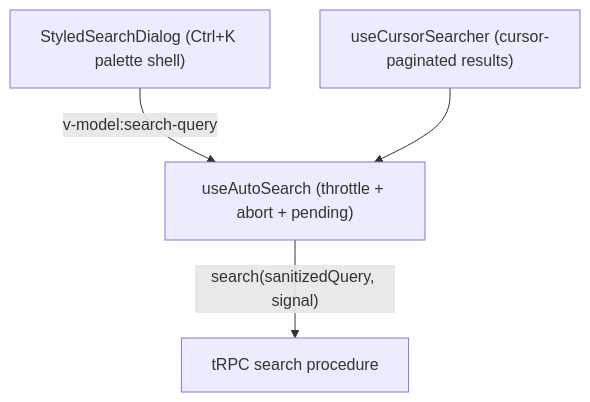
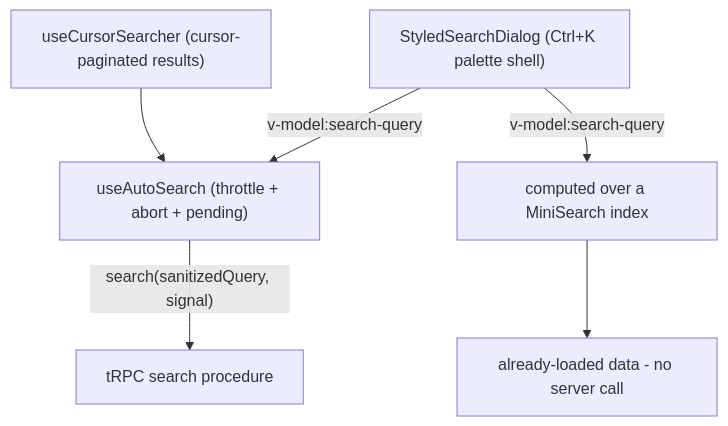
Before and after one commit to Esposter/Esposter: the diagram in packages/app/content/docs/architecture/search.md, drawn with Mermaid. The commit also changed other lines of this file and 2 other files, not shown here.

````diff
--- a/packages/app/content/docs/architecture/search.md
+++ b/packages/app/content/docs/architecture/search.md
@@ -12,6 +12,8 @@
 ```mermaid
 flowchart TD
   Palette["StyledSearchDialog (Ctrl+K palette shell)"] -- "v-model:search-query" --> Core
   Cursor["useCursorSearcher (cursor-paginated results)"] --> Core["useAutoSearch (throttle + abort + pending)"]
   Core -- "search(sanitizedQuery, signal)" --> Trpc["tRPC search procedure"]
+  Palette -- "v-model:search-query" --> Client["computed over a MiniSearch index"]
+  Client --> Loaded["already-loaded data - no server call"]
 ```
````
